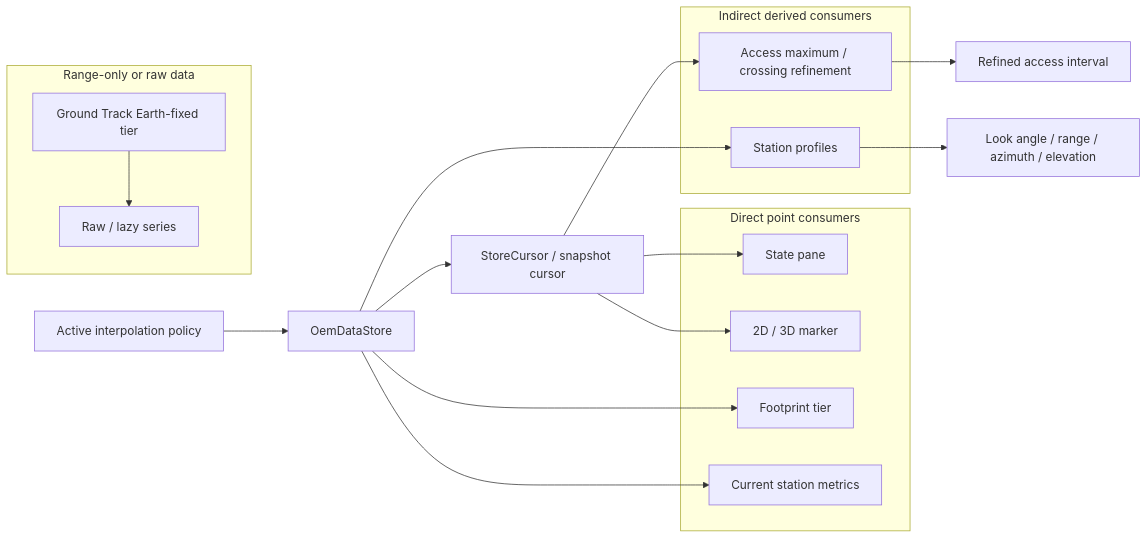
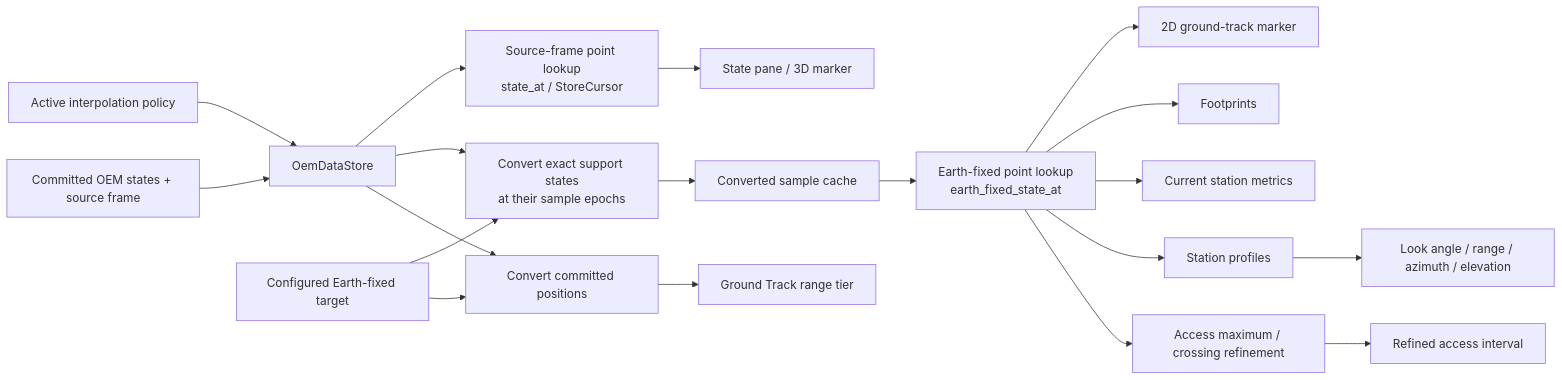
One commit to jeongyunl/ephem-toolkit changed the third of 7 diagrams in docs/architecture/play-oem/PLAY_OEM_INTERPOLATION.md. Above: the diagram before and after it, drawn with Mermaid. The commit also changed other lines of this file and 23 other files, not shown here.

Commit message:
Add Earth-fixed state interpolation for Play-OEM consumers

````diff
--- a/docs/architecture/play-oem/PLAY_OEM_INTERPOLATION.md
+++ b/docs/architecture/play-oem/PLAY_OEM_INTERPOLATION.md
@@ -206,33 +206,22 @@
 ```mermaid
 flowchart LR
     Policy["Active interpolation policy"] --> Store["OemDataStore"]
-    Store --> Cursor["StoreCursor / snapshot cursor"]
+    OEM["Committed OEM states + source frame"] --> Store
+    Target["Configured Earth-fixed target"] --> Convert["Convert exact support states<br/>at their sample epochs"]
+    Store --> Source["Source-frame point lookup<br/>state_at / StoreCursor"]
+    Store --> Convert
+    Convert --> Cache["Converted sample cache"]
+    Cache --> Fixed["Earth-fixed point lookup<br/>earth_fixed_state_at"]
+    Store --> RangeConvert["Convert committed positions"]
+    Target --> RangeConvert
+    RangeConvert --> Ground["Ground Track range tier"]
 
-    subgraph Direct["Direct point consumers"]
-        State["State pane"]
-        Marker["2D / 3D marker"]
-        Footprint["Footprint tier"]
-        Metrics["Current station metrics"]
-    end
-
-    subgraph Indirect["Indirect derived consumers"]
-        Profiles["Station profiles"]
-        Refine["Access maximum / crossing refinement"]
-    end
-
-    subgraph Range["Range-only or raw data"]
-        Series["Raw / lazy series"]
-        Ground["Ground Track Earth-fixed tier"]
-    end
-
-    Cursor --> State
-    Cursor --> Marker
-    Store --> Footprint
-    Store --> Metrics
-    Store --> Profiles
-    Cursor --> Refine
-
+    Source --> State["State pane / 3D marker"]
+    Fixed --> Marker["2D ground-track marker"]
+    Fixed --> Footprint["Footprints"]
+    Fixed --> Metrics["Current station metrics"]
+    Fixed --> Profiles["Station profiles"]
+    Fixed --> Refine["Access maximum / crossing refinement"]
     Profiles --> Derived["Look angle / range / azimuth / elevation"]
     Refine --> Pass["Refined access interval"]
-    Ground --> Series
 ```
````
